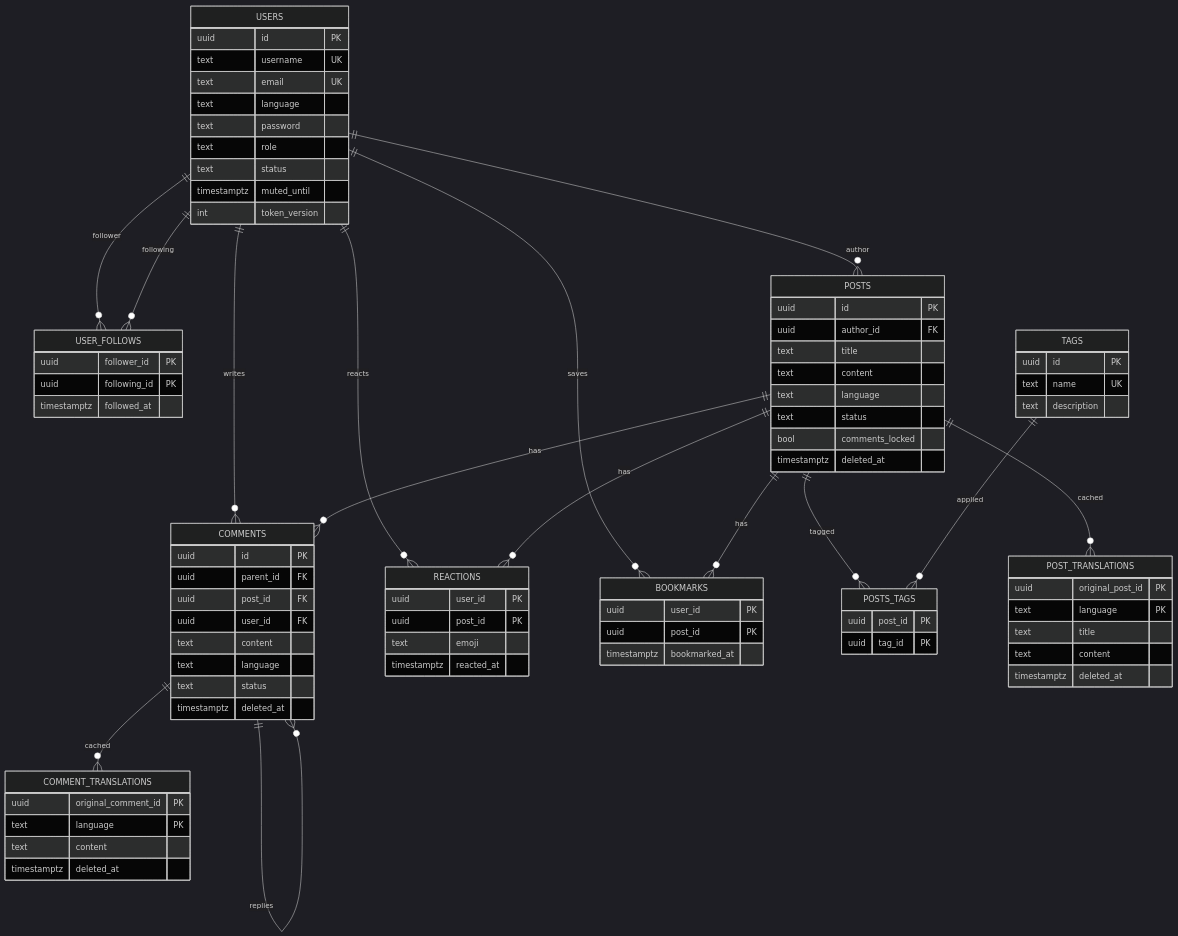
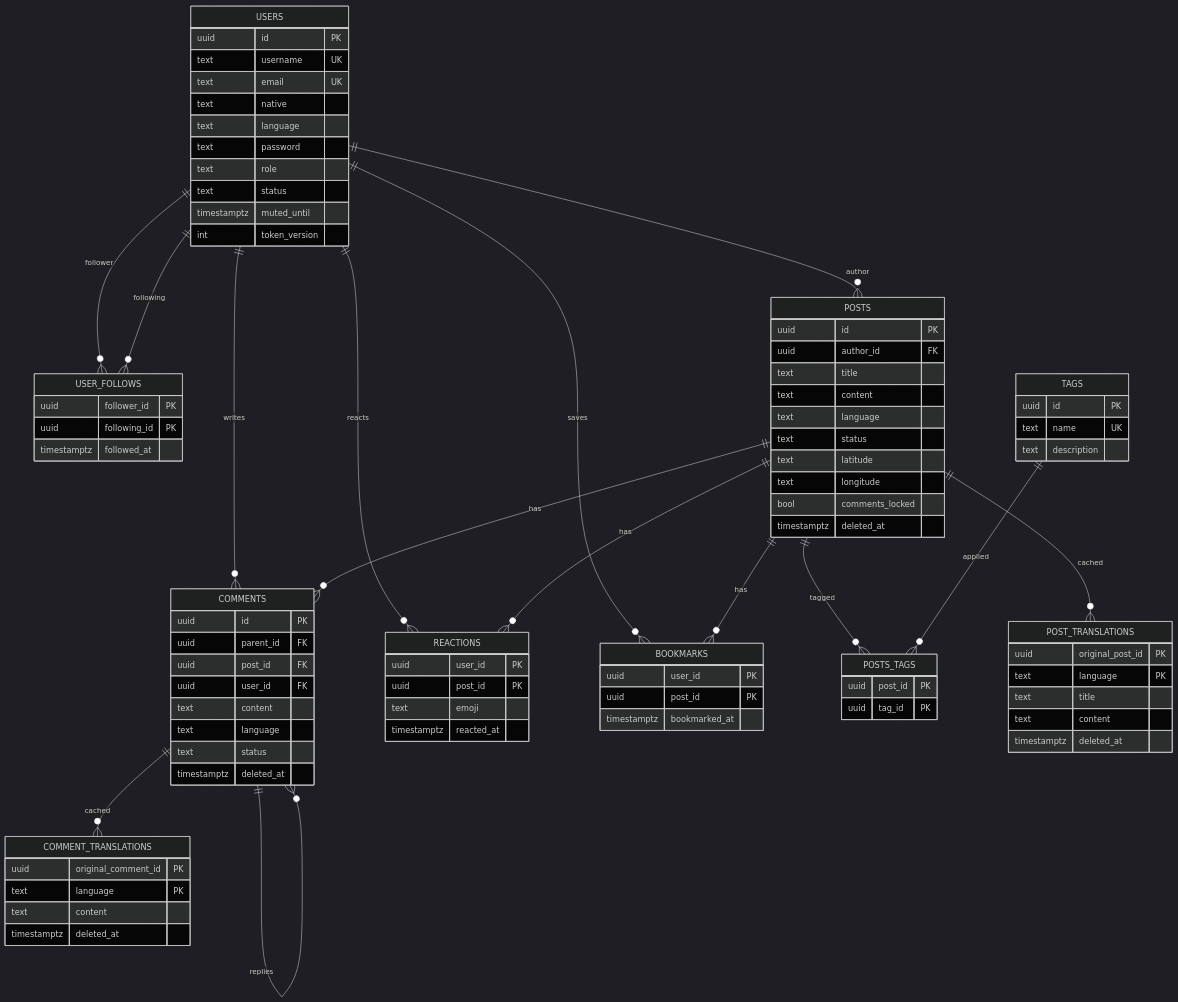
Before and after one commit to CNVN2024-2-Boiz/etsubi: the diagram in docs/src/content/Entities.md, drawn with Mermaid (dark theme). The commit also changed 3 other files, not shown here.

```diff
--- a/docs/src/content/Entities.md
+++ b/docs/src/content/Entities.md
@@ -8,6 +8,7 @@
         uuid id PK
         text username UK
         text email UK
+        text native
         text language
         text password
         text role
@@ -27,6 +28,8 @@
         text content
         text language
         text status
+        text latitude
+        text longitude
         bool comments_locked
         timestamptz deleted_at
     }
```
